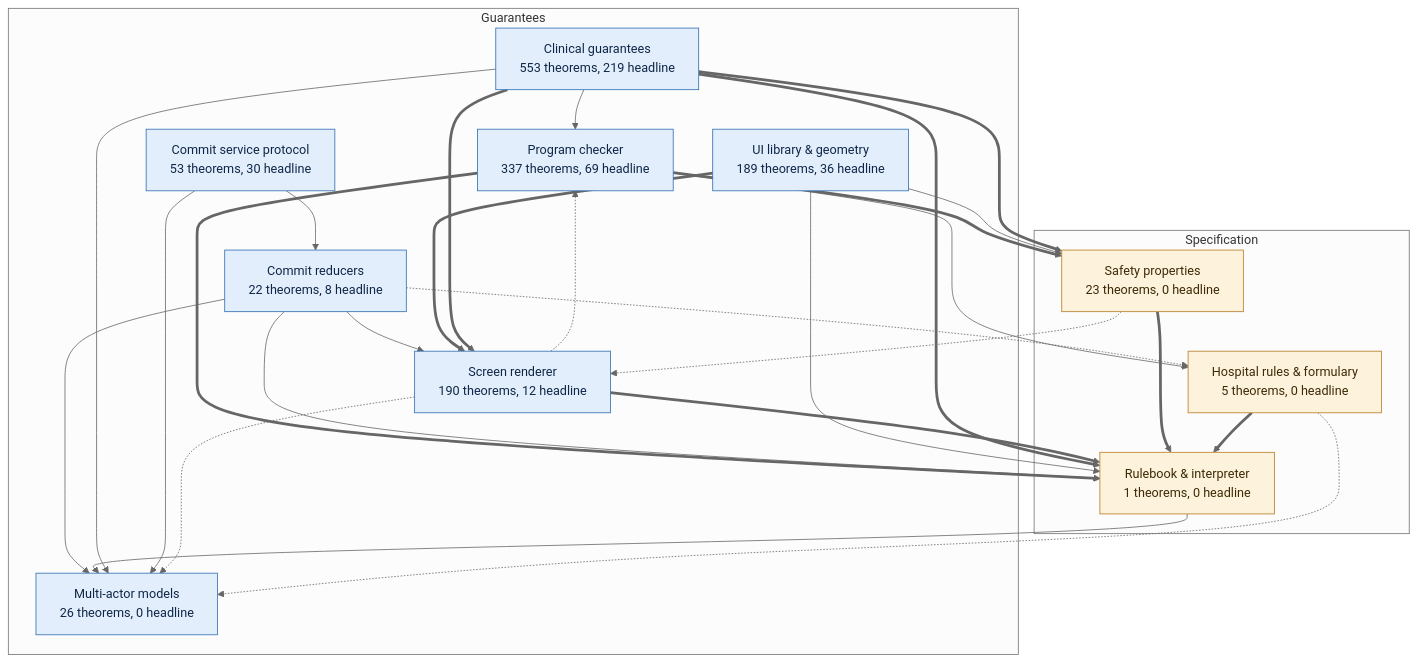
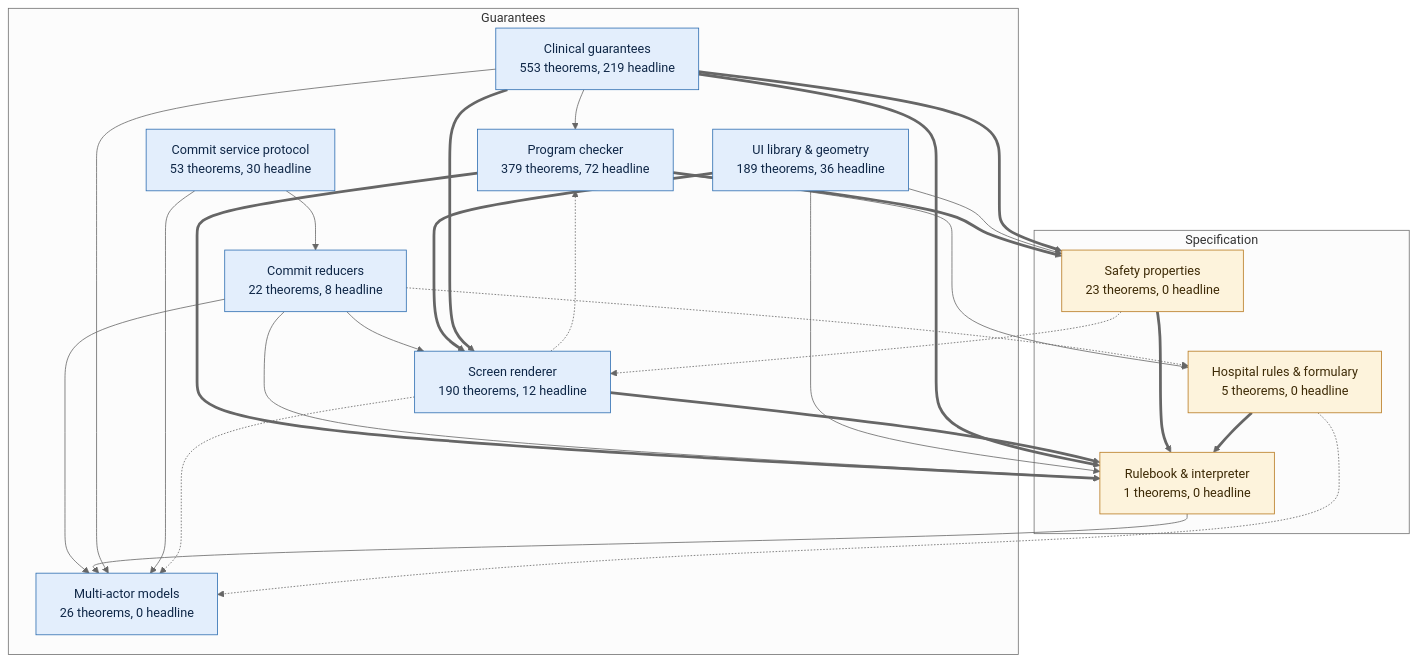
The first of 9 diagrams in docs/proof-map.md (saithat/VGI-Health), drawn with Mermaid (neutral theme) before and after one commit. The commit also changed other lines of this file and 7 other files, not shown here.

````diff
--- a/docs/proof-map.md
+++ b/docs/proof-map.md
@@ -15,44 +15,44 @@
 ```mermaid
 flowchart TB
   subgraph guar_g["Guarantees"]
     proofs["Clinical guarantees<br/>553 theorems, 219 headline"]:::guar
-    check["Program checker<br/>337 theorems, 69 headline"]:::guar
+    check["Program checker<br/>379 theorems, 72 headline"]:::guar
     render["Screen renderer<br/>190 theorems, 12 headline"]:::guar
     layout["UI library &amp; geometry<br/>189 theorems, 36 headline"]:::guar
     commit["Commit reducers<br/>22 theorems, 8 headline"]:::guar
     protocol["Commit service protocol<br/>53 theorems, 30 headline"]:::guar
     multi["Multi-actor models<br/>26 theorems, 0 headline"]:::guar
   end
   subgraph spec_g["Specification"]
     core["Rulebook &amp; interpreter<br/>1 theorems, 0 headline"]:::spec
     props["Safety properties<br/>23 theorems, 0 headline"]:::spec
     specs["Hospital rules &amp; formulary<br/>5 theorems, 0 headline"]:::spec
   end
   check ==> core
   check ==> props
   check --> specs
   commit --> core
   commit --> multi
   commit --> render
   commit -.-> specs
   core --> multi
   layout --> core
   layout --> props
   layout ==> render
   proofs --> check
   proofs ==> core
   proofs --> multi
   proofs ==> props
   proofs ==> render
   props ==> core
   props -.-> render
   protocol --> commit
   protocol --> multi
   render -.-> check
   render ==> core
   render -.-> multi
   specs ==> core
   specs -.-> multi
   classDef spec fill:#fdf3dc,stroke:#b7791f,color:#3d2a06
   classDef guar fill:#e3eefc,stroke:#2b6cb0,color:#0f2747
 ```
````
